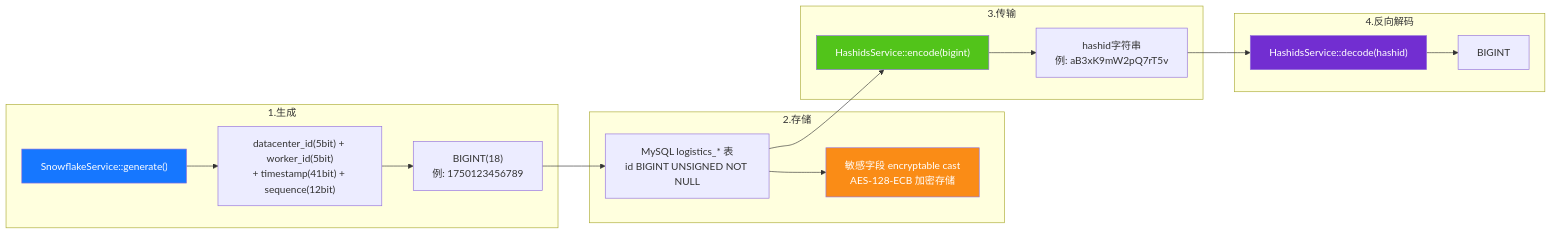
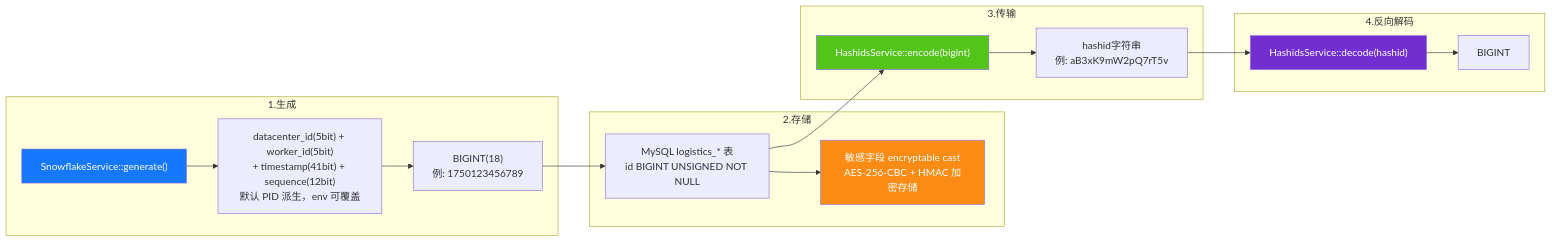
One commit to erikwang2013/integrated-global-logistics changed the diagram in admin/docs/diagrams/06-id-lifecycle.md. Above: the diagram before and after it, drawn with Mermaid. The commit also changed 88 other files, not shown here.

````diff
--- a/admin/docs/diagrams/06-id-lifecycle.md
+++ b/admin/docs/diagrams/06-id-lifecycle.md
@@ -3,32 +3,32 @@
 ```mermaid
 flowchart LR
     subgraph gen["1.生成"]
         g1["SnowflakeService::generate()"]
-        g2["datacenter_id(5bit) + worker_id(5bit)<br/>+ timestamp(41bit) + sequence(12bit)"]
+        g2["datacenter_id(5bit) + worker_id(5bit)<br/>+ timestamp(41bit) + sequence(12bit)<br/>默认 PID 派生，env 可覆盖"]
         g3["BIGINT(18)<br/>例: 1750123456789"]
         g1 --> g2 --> g3
     end
 
     subgraph store["2.存储"]
         s1["MySQL logistics_* 表<br/>id BIGINT UNSIGNED NOT NULL"]
-        s2["敏感字段 encryptable cast<br/>AES-128-ECB 加密存储"]
+        s2["敏感字段 encryptable cast<br/>AES-256-CBC + HMAC 加密存储"]
         g3 --> s1 --> s2
     end
 
     subgraph transfer["3.传输"]
         t1["HashidsService::encode(bigint)"]
         t2["hashid字符串<br/>例: aB3xK9mW2pQ7rT5v"]
         s1 --> t1 --> t2
     end
 
     subgraph reverse["4.反向解码"]
         r1["HashidsService::decode(hashid)"]
         r2["BIGINT"]
         t2 --> r1 --> r2
     end
 
     style g1 fill:#1677FF,color:#fff
     style s2 fill:#FA8C16,color:#fff
     style t1 fill:#52C41A,color:#fff
     style r1 fill:#722ED1,color:#fff
 ```
````
